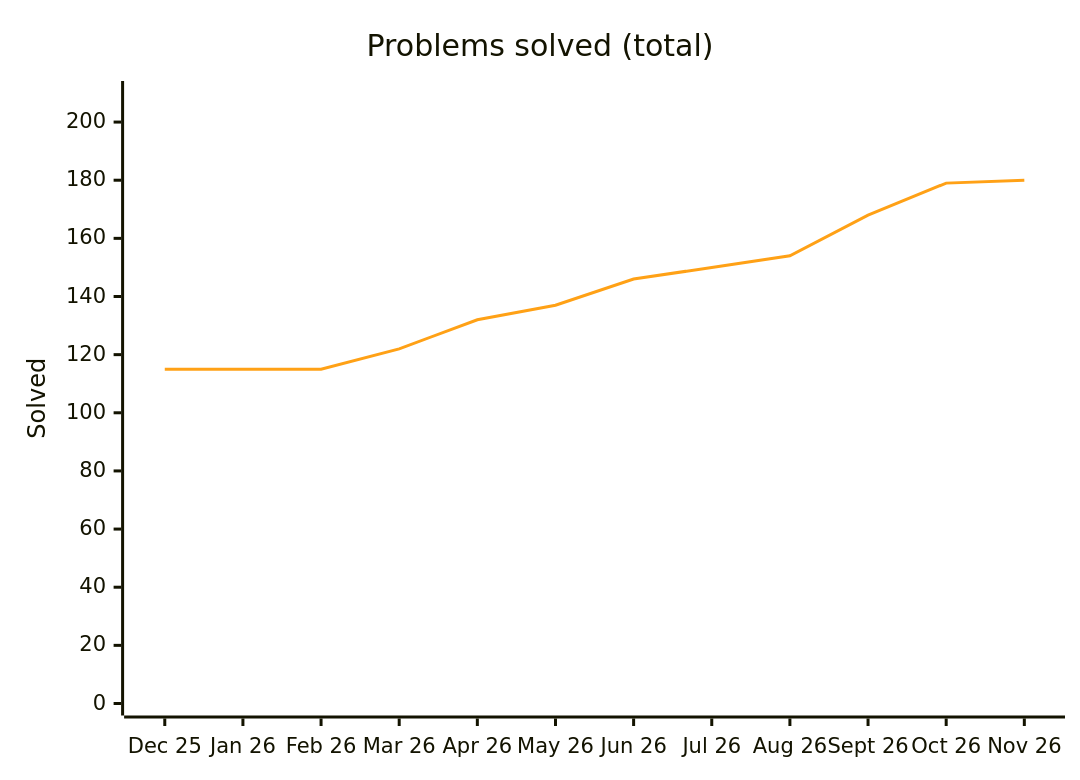
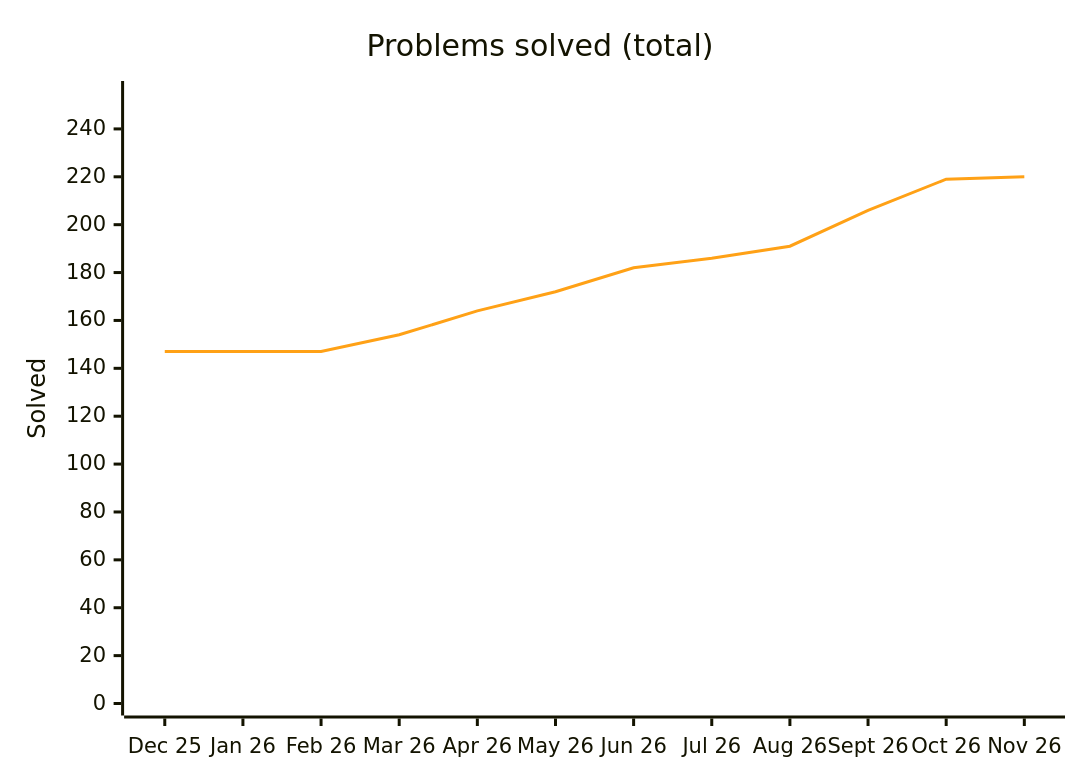
Before and after one commit to Ved-u/Java-DSA: the diagram in README.md, drawn with Mermaid. The commit also changed other lines of this file and 42 other files, not shown here.

````diff
--- a/README.md
+++ b/README.md
@@ -53,8 +53,8 @@
 ```mermaid
 %%{init: {"themeVariables": {"xyChart": {"plotColorPalette": "#ffa116"}}}}%%
 xychart-beta
     title "Problems solved (total)"
     x-axis ["Dec 25", "Jan 26", "Feb 26", "Mar 26", "Apr 26", "May 26", "Jun 26", "Jul 26", "Aug 26", "Sept 26", "Oct 26", "Nov 26"]
-    y-axis "Solved" 0 --> 210
-    line [115, 115, 115, 122, 132, 137, 146, 150, 154, 168, 179, 180]
+    y-axis "Solved" 0 --> 255
+    line [147, 147, 147, 154, 164, 172, 182, 186, 191, 206, 219, 220]
 ```
````
